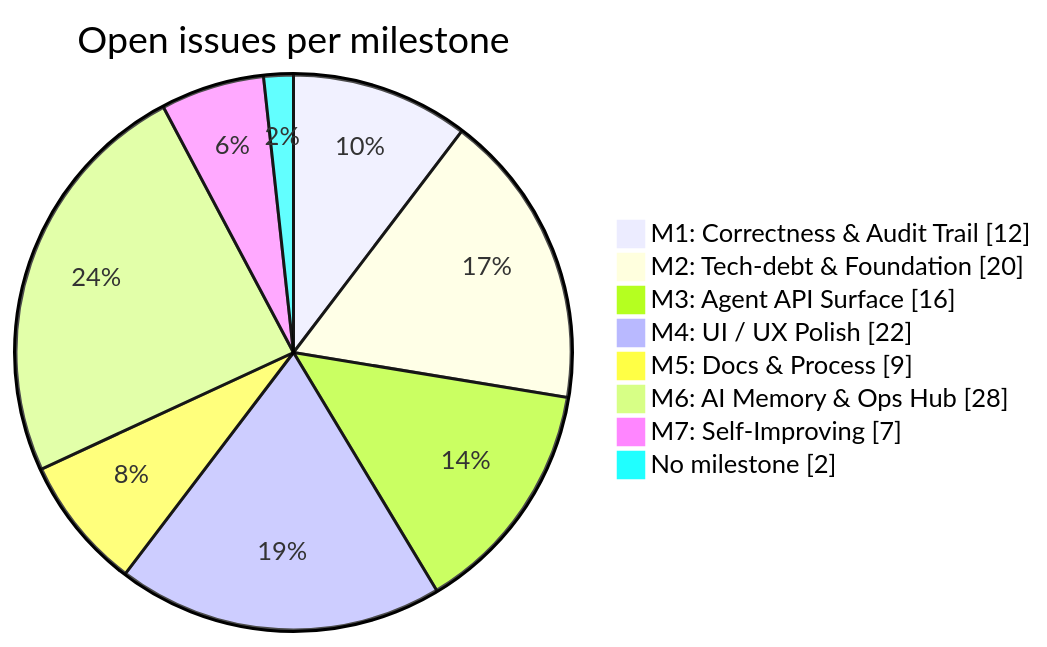
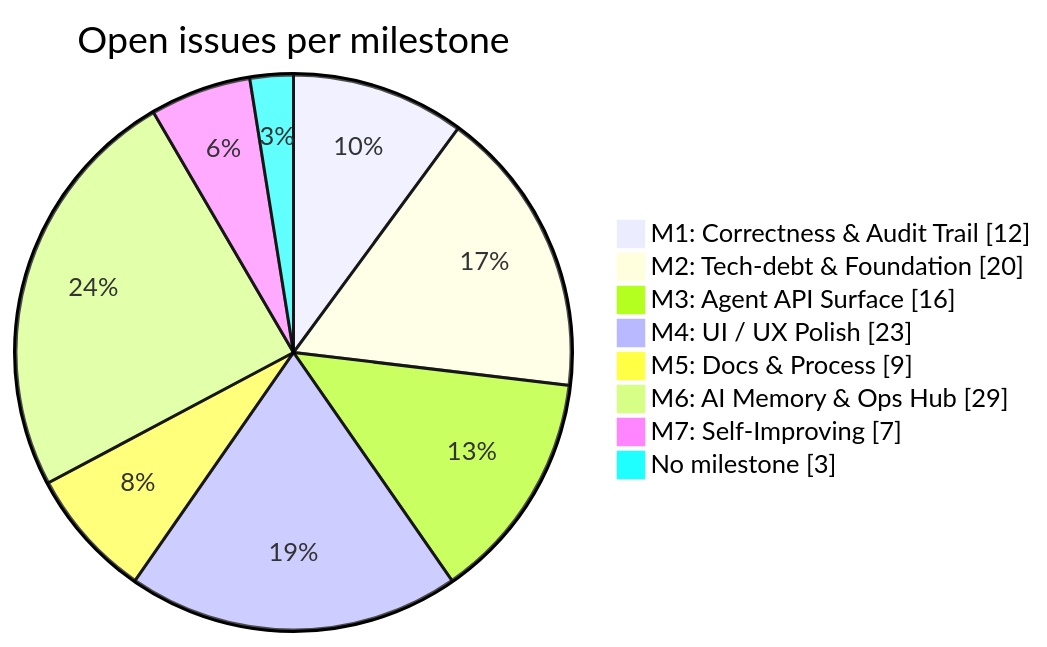
One commit to joelfuller2016/KanbanFlow-v2 changed the diagram in docs/BACKLOG.md. Above: the diagram before and after it, drawn with Mermaid. The commit also changed other lines of this file and 1 other file, not shown here.

````diff
--- a/docs/BACKLOG.md
+++ b/docs/BACKLOG.md
@@ -44,12 +44,12 @@
 ```mermaid
 pie showData
     title Open issues per milestone
     "M1: Correctness & Audit Trail" : 12
     "M2: Tech-debt & Foundation" : 20
     "M3: Agent API Surface" : 16
-    "M4: UI / UX Polish" : 22
+    "M4: UI / UX Polish" : 23
     "M5: Docs & Process" : 9
-    "M6: AI Memory & Ops Hub" : 28
+    "M6: AI Memory & Ops Hub" : 29
     "M7: Self-Improving" : 7
-    "No milestone" : 2
+    "No milestone" : 3
 ```
````
